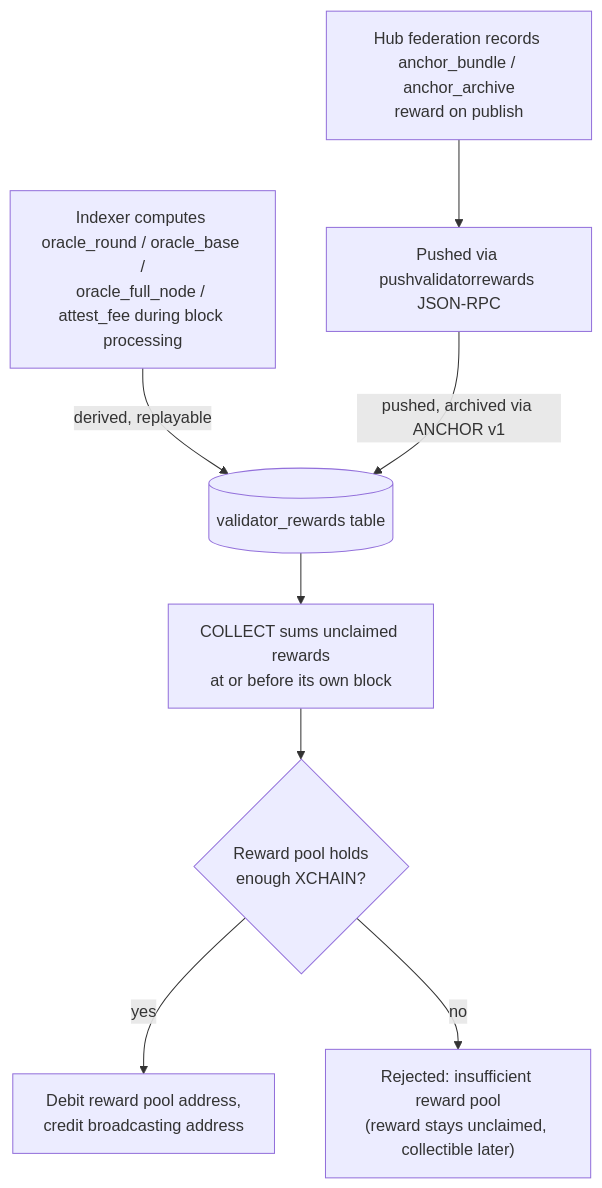
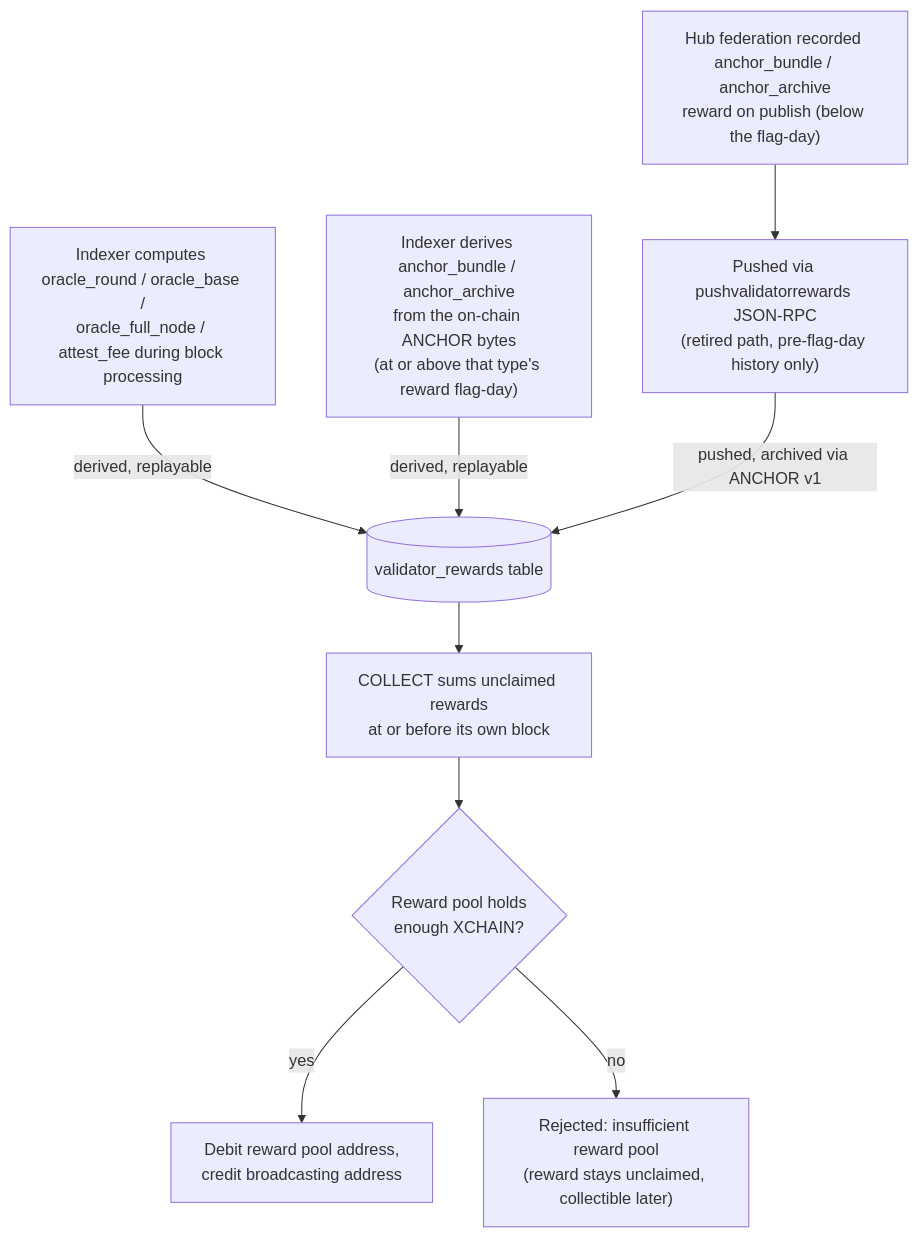
One commit to XChain-Platform/xchain-documentation changed the diagram in protocol/actions/collect.md. Above: the diagram before and after it, drawn with Mermaid. The commit also changed other lines of this file and 56 other files, not shown here.

````diff
--- a/protocol/actions/collect.md
+++ b/protocol/actions/collect.md
@@ -80,19 +80,21 @@
 ```mermaid
 flowchart TD
     D1["Indexer computes oracle_round / oracle_base /<br>oracle_full_node / attest_fee during block processing"]
-    P1["Hub federation records anchor_bundle / anchor_archive<br>reward on publish"]
-    P2["Pushed via pushvalidatorrewards JSON-RPC"]
+    D2["Indexer derives anchor_bundle / anchor_archive<br>from the on-chain ANCHOR bytes<br>(at or above that type's reward flag-day)"]
+    P1["Hub federation recorded anchor_bundle / anchor_archive<br>reward on publish (below the flag-day)"]
+    P2["Pushed via pushvalidatorrewards JSON-RPC<br>(retired path, pre-flag-day history only)"]
     VR[("validator_rewards table")]
     C1["COLLECT sums unclaimed rewards<br>at or before its own block"]
     C2{"Reward pool holds<br>enough XCHAIN?"}
     C3["Debit reward pool address,<br>credit broadcasting address"]
     C4["Rejected: insufficient reward pool<br>(reward stays unclaimed, collectible later)"]
 
     D1 -->|"derived, replayable"| VR
+    D2 -->|"derived, replayable"| VR
     P1 --> P2
     P2 -->|"pushed, archived via ANCHOR v1"| VR
     VR --> C1
     C1 --> C2
     C2 -->|"yes"| C3
     C2 -->|"no"| C4
 ```
````
